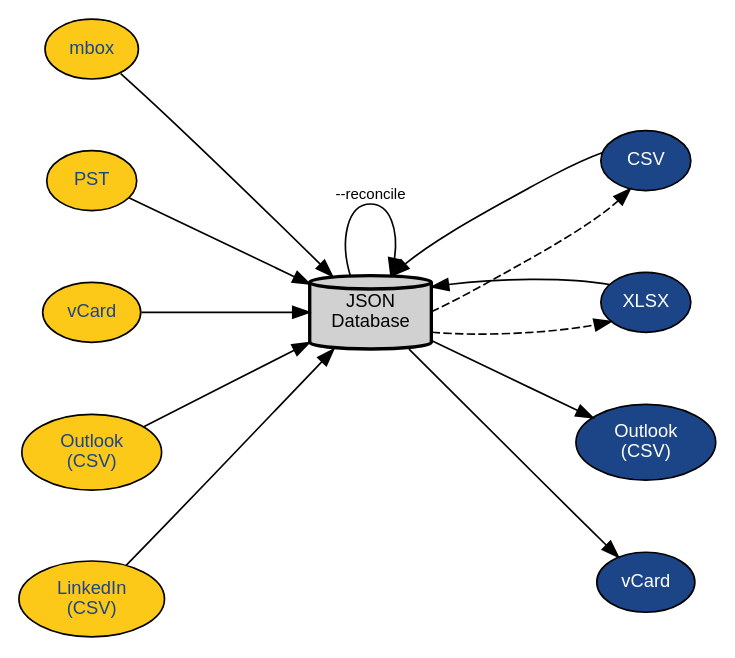
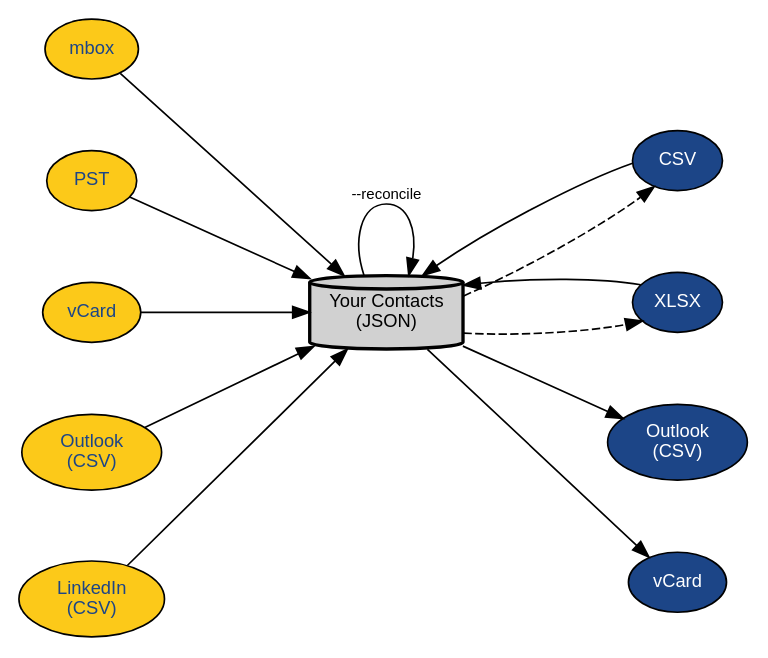
The diagram in docs/mc_arch.dot (aolofsson/mailcompiler), drawn with Graphviz before and after one commit. The commit also changed 2 other files, not shown here.

Commit message:
diagram cleaning

```diff
--- a/docs/mc_arch.dot
+++ b/docs/mc_arch.dot
@@ -1,64 +1,64 @@
 // mailcompiler: all conversions to and from the native JSON contacts database.
 //
 // JSON is the native store. Mailboxes / vCard / Outlook / LinkedIn import INTO
 // it; csv/xlsx/outlook/vcard are export VIEWS out of it. csv and xlsx double as
 // interchangeable native DB layouts.
 //
 // Render:  ./docs/build_docs.sh
 //          (or: dot -Tsvg docs/mc_arch.dot -o docs/mc_arch.svg)
 
 digraph mailcompiler_conversions {
     rankdir=LR;
     fontname="Helvetica";
     // even vertical spread within each column, wide gap between columns
     nodesep=0.6;
     ranksep=1.2;
     node [fontname="Helvetica", style=filled, fontsize=11];
     edge [fontname="Helvetica", fontsize=9];
 
     // Two-tone palette taken from the header logo (docs/postverket):
     //   yellow = inputs (left), blue = outputs (right), grey = the JSON DB.
 
     // --- the native database (grey, center) ------------------------------
-    json [label="JSON\n Database",
+    json [label="Your Contacts\n (JSON)",
           shape=cylinder, fillcolor="#d1d1d1", penwidth=2];
 
     // --- import sources (yellow, left) -----------------------------------
     node [shape=ellipse, fillcolor="#FCC919", fontcolor="#1C4587"];
     mbox     [label="mbox"];
     pst      [label="PST"];
     vcf_in   [label="vCard"];
     olk_in   [label="Outlook\n(CSV)"];
     li_in    [label="LinkedIn\n(CSV)"];
 
     // --- native layouts (read/write) + export targets (blue, right) ------
     node [shape=ellipse, fillcolor="#1C4587", fontcolor="white"];
     csv_db   [label="CSV\n"];
     xlsx_db  [label="XLSX\n"];
     olk_out  [label="Outlook\n(CSV)"];
     vcf_out  [label="vCard"];
 
     // === imports: build/merge contacts into the DB =======================
     mbox   -> json;
     pst    -> json;
     vcf_in -> json;
     olk_in -> json;
     li_in  -> json;
 
     // === native layouts fold in / round-trip =============================
     csv_db  -> json;
     xlsx_db -> json;
     json    -> csv_db  [style=dashed];
     json    -> xlsx_db [style=dashed];
 
     // === reconcile + merge (json -> json, in place) ======================
     json -> json [label="--reconcile"];
 
     // === exports: filtered views out of the DB ===========================
     json -> olk_out;
     json -> vcf_out;
 
     // layout grouping: one aligned column per side
     { rank=same; mbox; pst; vcf_in; olk_in; li_in; }
     { rank=same; csv_db; xlsx_db; olk_out; vcf_out; }
 }
```
